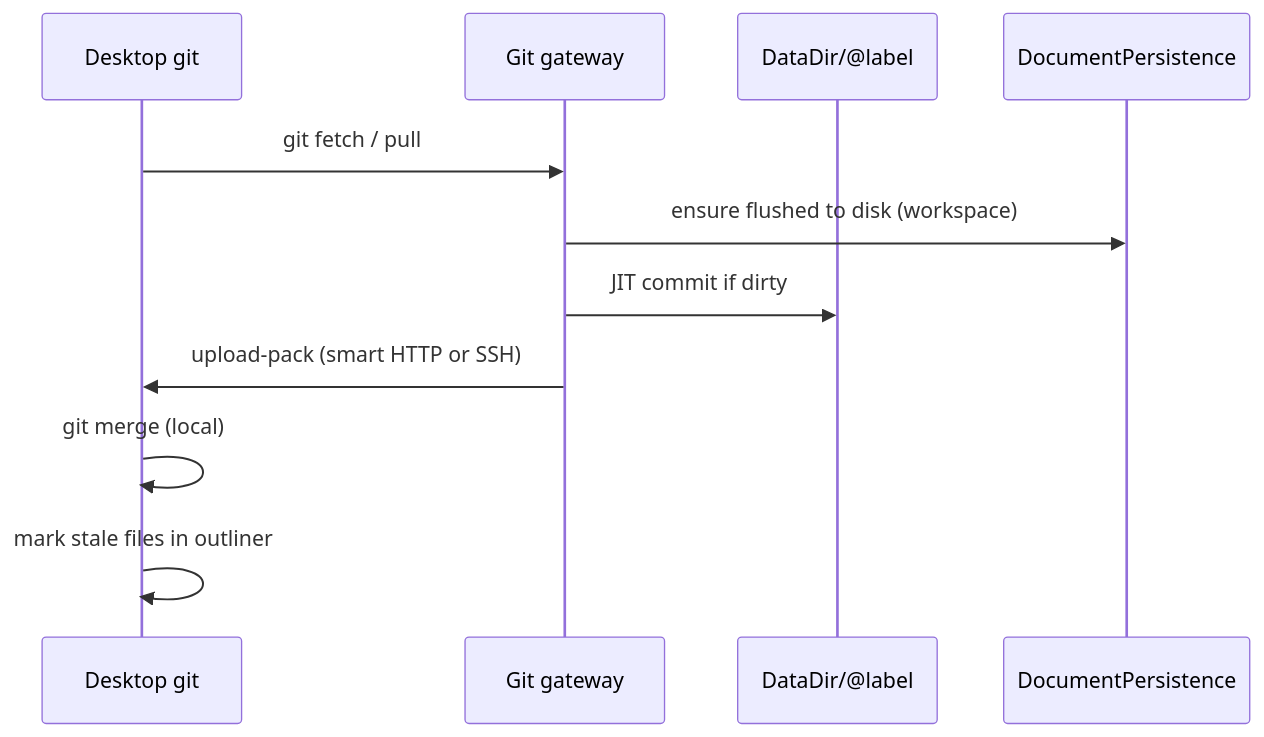
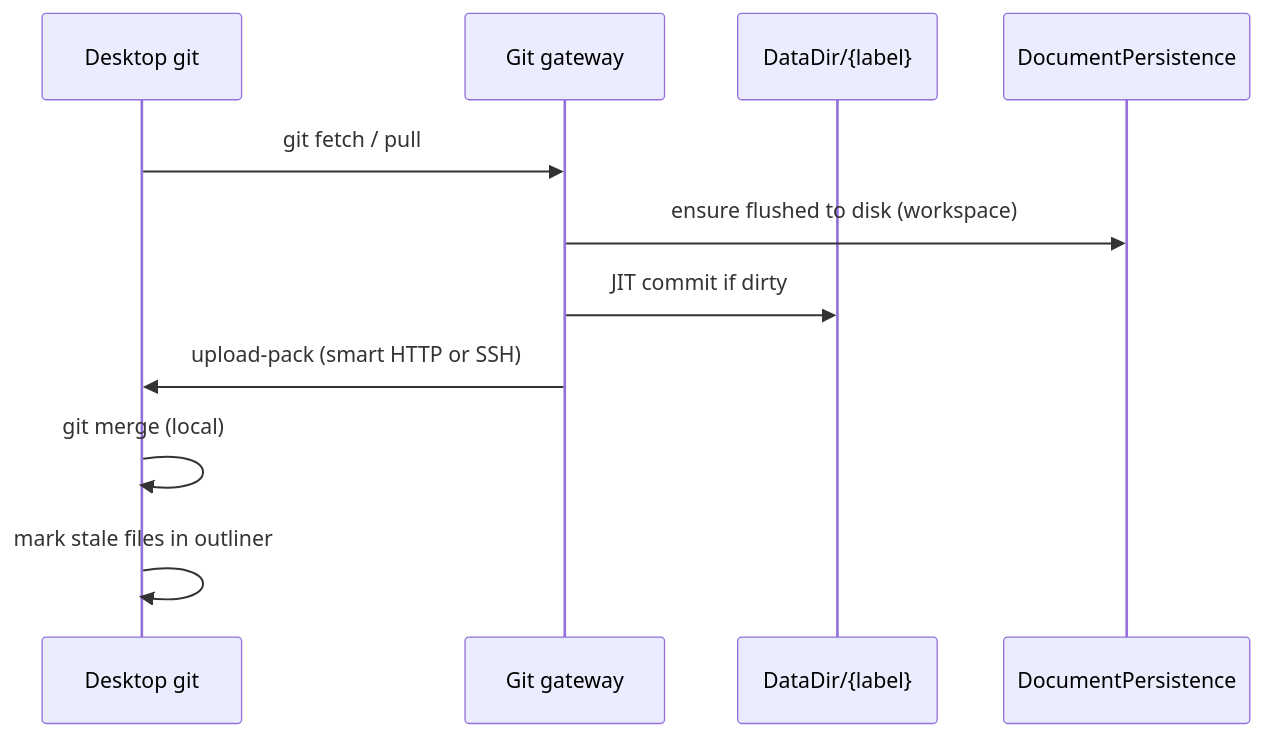
Before and after one commit to abaljeu/ambit: the first of 2 diagrams in doc/roadmap/git-sync-gateway.md, drawn with Mermaid. The commit also changed other lines of this file and 24 other files, not shown here.

````diff
--- a/doc/roadmap/git-sync-gateway.md
+++ b/doc/roadmap/git-sync-gateway.md
@@ -59,15 +61,15 @@
 ```mermaid
 %%{init: {'themeVariables': {'fontSize': '20px'}}}%%
 sequenceDiagram
   participant Client as Desktop git
   participant GW as Git gateway
-  participant FS as DataDir/@label
+  participant FS as DataDir/{label}
   participant DP as DocumentPersistence
 
   Client->>GW: git fetch / pull
   GW->>DP: ensure flushed to disk (workspace)
   GW->>FS: JIT commit if dirty
   GW->>Client: upload-pack (smart HTTP or SSH)
   Client->>Client: git merge (local)
   Client->>Client: mark stale files in outliner
 ```
````
